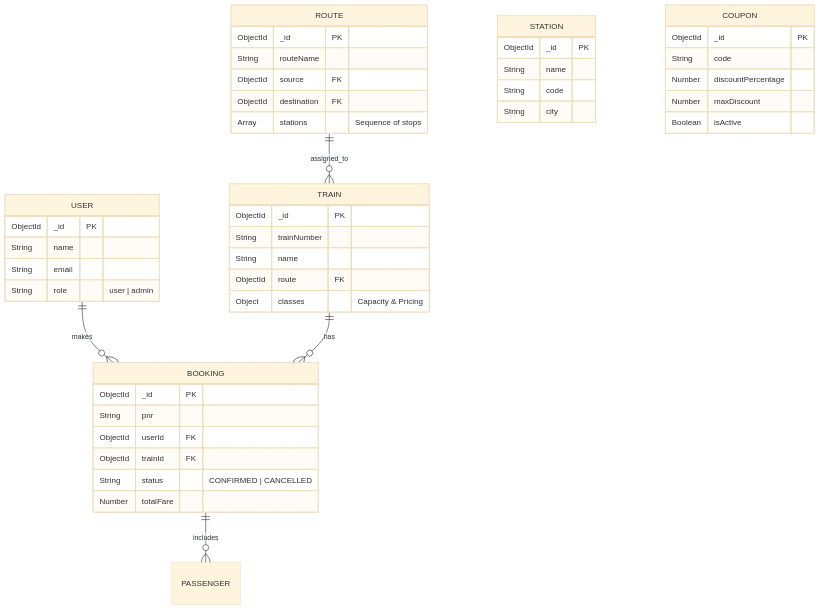
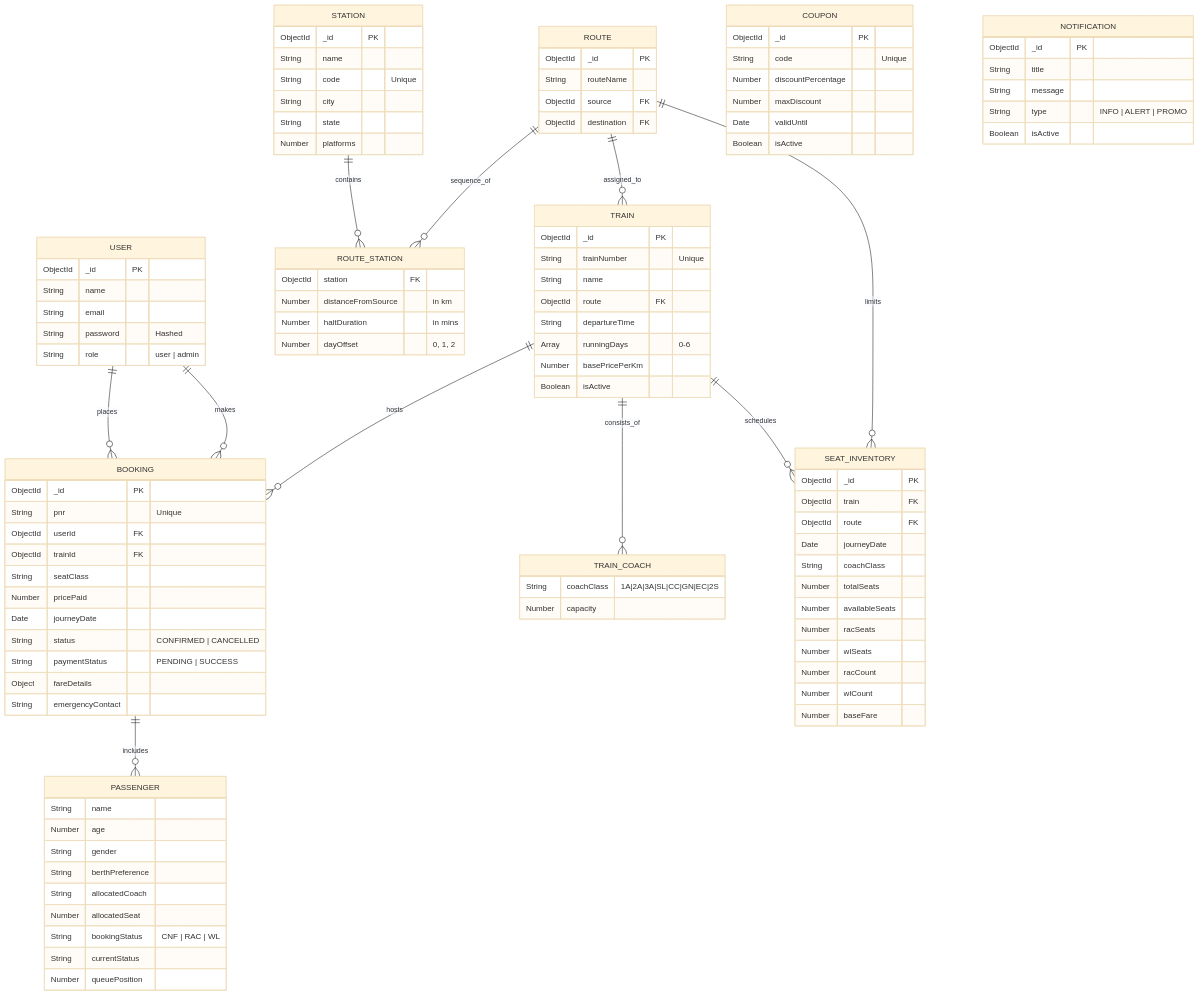
The second of 2 diagrams in README.md (yash-shende99/Ticket-Booking), drawn with Mermaid (base theme) before and after one commit.

Commit message:
docs: Update ER diagram to be highly comprehensive

````diff
--- a/README.md
+++ b/README.md
@@ -86,53 +86,117 @@
 ```mermaid
 erDiagram
-    USER ||--o{ BOOKING : makes
+    USER ||--o{ BOOKING : "places"
     USER {
         ObjectId _id PK
         String name
         String email
+        String password "Hashed"
         String role "user | admin"
     }
 
-    TRAIN ||--o{ BOOKING : has
-    TRAIN {
+    STATION ||--o{ ROUTE_STATION : "contains"
+    STATION {
         ObjectId _id PK
-        String trainNumber
         String name
-        ObjectId route FK
-        Object classes "Capacity & Pricing"
+        String code "Unique"
+        String city
+        String state
+        Number platforms
     }
 
-    ROUTE ||--o{ TRAIN : assigned_to
+    ROUTE ||--o{ ROUTE_STATION : "sequence_of"
     ROUTE {
         ObjectId _id PK
         String routeName
         ObjectId source FK
         ObjectId destination FK
-        Array stations "Sequence of stops"
     }
 
-    STATION {
-        ObjectId _id PK
-        String name
-        String code
-        String city
+    ROUTE_STATION {
+        ObjectId station FK
+        Number distanceFromSource "in km"
+        Number haltDuration "in mins"
+        Number dayOffset "0, 1, 2"
     }
 
-    BOOKING ||--o{ PASSENGER : includes
+    ROUTE ||--o{ TRAIN : "assigned_to"
+    TRAIN {
+        ObjectId _id PK
+        String trainNumber "Unique"
+        String name
+        ObjectId route FK
+        String departureTime
+        Array runningDays "0-6"
+        Number basePricePerKm
+        Boolean isActive
+    }
+
+    TRAIN ||--o{ TRAIN_COACH : "consists_of"
+    TRAIN_COACH {
+        String coachClass "1A|2A|3A|SL|CC|GN|EC|2S"
+        Number capacity
+    }
+
+    TRAIN ||--o{ SEAT_INVENTORY : "schedules"
+    ROUTE ||--o{ SEAT_INVENTORY : "limits"
+    SEAT_INVENTORY {
+        ObjectId _id PK
+        ObjectId train FK
+        ObjectId route FK
+        Date journeyDate
+        String coachClass
+        Number totalSeats
+        Number availableSeats
+        Number racSeats
+        Number wlSeats
+        Number racCount
+        Number wlCount
+        Number baseFare
+    }
+
+    USER ||--o{ BOOKING : "makes"
+    TRAIN ||--o{ BOOKING : "hosts"
     BOOKING {
         ObjectId _id PK
-        String pnr
+        String pnr "Unique"
         ObjectId userId FK
         ObjectId trainId FK
+        String seatClass
+        Number pricePaid
+        Date journeyDate
         String status "CONFIRMED | CANCELLED"
-        Number totalFare
+        String paymentStatus "PENDING | SUCCESS"
+        Object fareDetails
+        String emergencyContact
+    }
+
+    BOOKING ||--o{ PASSENGER : "includes"
+    PASSENGER {
+        String name
+        Number age
+        String gender
+        String berthPreference
+        String allocatedCoach
+        Number allocatedSeat
+        String bookingStatus "CNF | RAC | WL"
+        String currentStatus
+        Number queuePosition
     }
 
     COUPON {
         ObjectId _id PK
-        String code
+        String code "Unique"
         Number discountPercentage
         Number maxDiscount
+        Date validUntil
+        Boolean isActive
+    }
+
+    NOTIFICATION {
+        ObjectId _id PK
+        String title
+        String message
+        String type "INFO | ALERT | PROMO"
         Boolean isActive
     }
 ```
````
